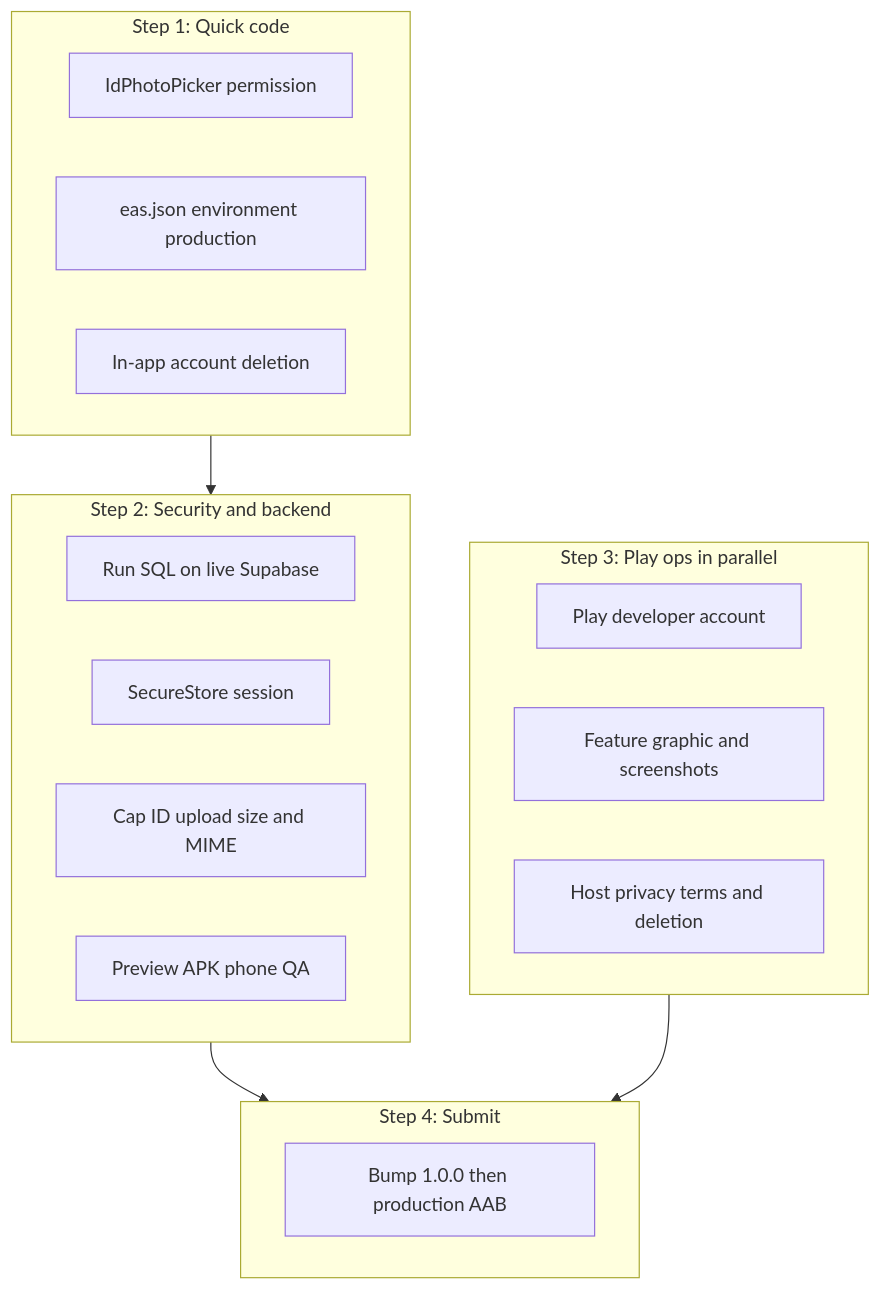
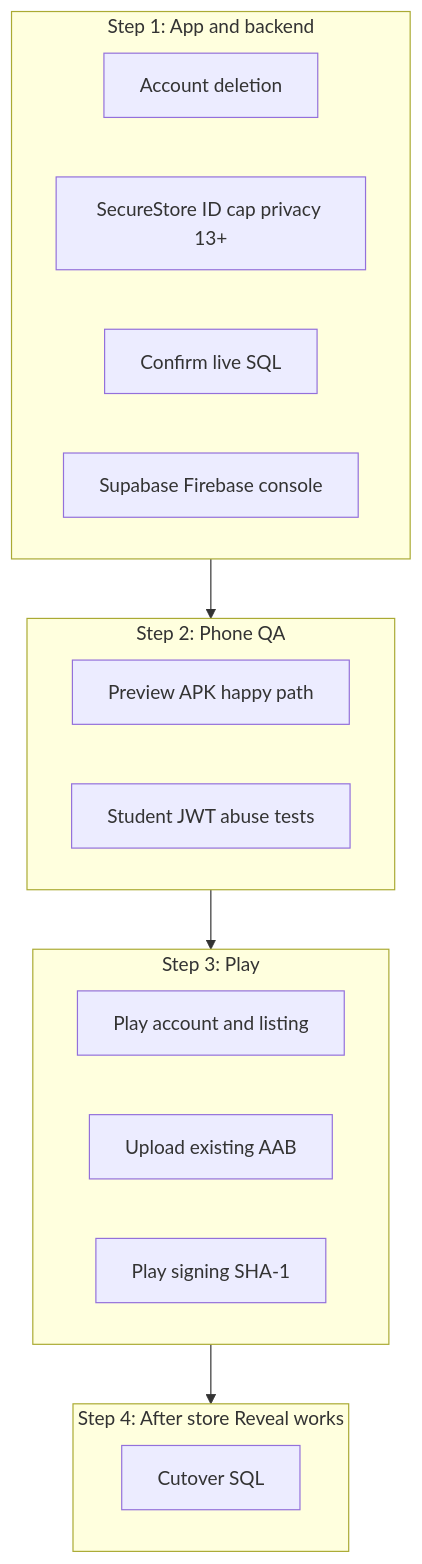
The diagram in LAUNCH.md (batman2400/unideals-app), drawn with Mermaid before and after one commit. The commit also changed other lines of this file and 23 other files, not shown here.

Commit message:
Keep the session and ID photos off device scrapers, match website delete/legal, and pin Expo 57 patches before Play QA.

````diff
--- a/LAUNCH.md
+++ b/LAUNCH.md
@@ -151,25 +133,24 @@
 ```mermaid
 flowchart TD
-  subgraph step1 [Step 1: Quick code]
-    A1[IdPhotoPicker permission]
-    A2[eas.json environment production]
-    A3[In-app account deletion]
+  subgraph step1 [Step 1: App and backend]
+    A1[Account deletion]
+    A2[SecureStore ID cap privacy 13+]
+    A3[Confirm live SQL]
+    A4[Supabase Firebase console]
   end
-  subgraph step2 [Step 2: Security and backend]
-    B1[Run SQL on live Supabase]
-    B2[SecureStore session]
-    B3[Cap ID upload size and MIME]
-    B4[Preview APK phone QA]
+  subgraph step2 [Step 2: Phone QA]
+    B1[Preview APK happy path]
+    B2[Student JWT abuse tests]
   end
-  subgraph step3 [Step 3: Play ops in parallel]
-    C1[Play developer account]
-    C2[Feature graphic and screenshots]
-    C3[Host privacy terms and deletion]
+  subgraph step3 [Step 3: Play]
+    C1[Play account and listing]
+    C2[Upload existing AAB]
+    C3[Play signing SHA-1]
   end
-  subgraph step4 [Step 4: Submit]
-    D1[Bump 1.0.0 then production AAB]
+  subgraph step4 [Step 4: After store Reveal works]
+    D1[Cutover SQL]
   end
   step1 --> step2
-  step2 --> step4
+  step2 --> step3
   step3 --> step4
 ```
````
